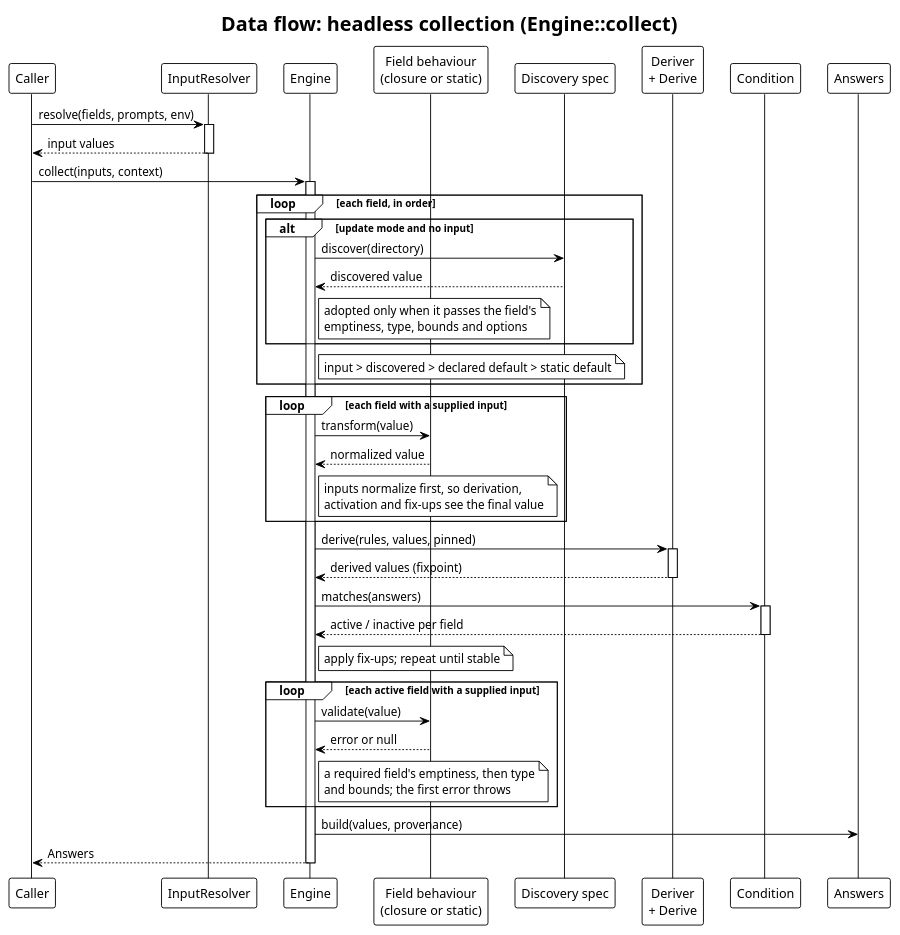
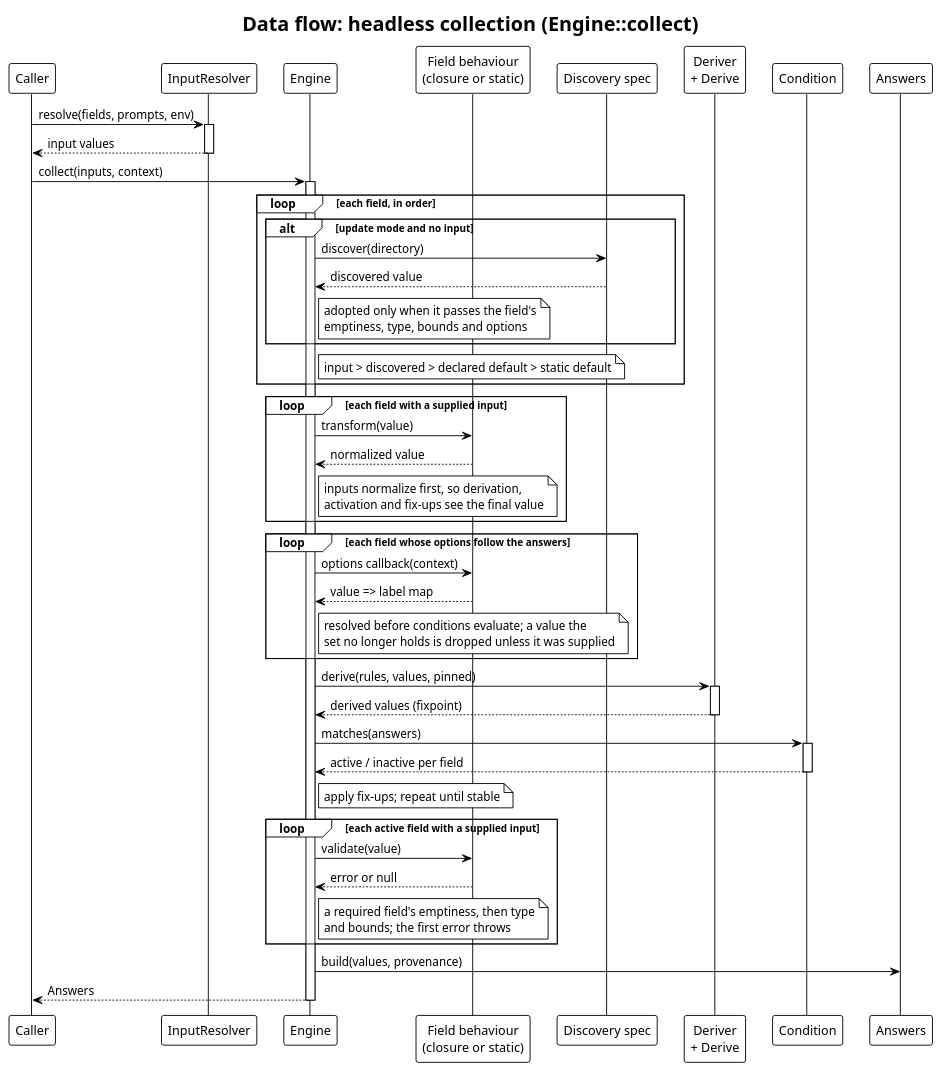
The diagram in docs/architecture/dataflow-collect.puml (drevops/phptui), drawn with PlantUML before and after one commit. The commit also changed 25 other files, not shown here.

Commit message:
[#106] Added choice field options that resolve from the collected answers. (#137)

```diff
--- a/docs/architecture/dataflow-collect.puml
+++ b/docs/architecture/dataflow-collect.puml
@@ -1,62 +1,68 @@
 @startuml
 ' drevops/tui - data flow for headless collection.
 ' Traced from src/Engine/Engine.php (collect -> resolveAll -> transformInputs -> stabilize -> guardInputs).
 ' Regenerate every SVG with:  plantuml -tsvg docs/architecture/*.puml
 !theme plain
 skinparam backgroundColor white
 skinparam defaultFontName Helvetica
 skinparam shadowing false
 title Data flow: headless collection (Engine::collect)
 
 participant "Caller" as Caller
 participant "InputResolver" as IR
 participant "Engine" as Eng
 participant "Field behaviour\n(closure or static)" as B
 participant "Discovery spec" as Disc
 participant "Deriver\n+ Derive" as Der
 participant "Condition" as CE
 participant "Answers" as Ans
 
 Caller -> IR: resolve(fields, prompts, env)
 activate IR
 IR --> Caller: input values
 deactivate IR
 
 Caller -> Eng: collect(inputs, context)
 activate Eng
 
 loop each field, in order
   alt update mode and no input
     Eng -> Disc: discover(directory)
     Disc --> Eng: discovered value
     note right of Eng: adopted only when it passes the field's\nemptiness, type, bounds and options
   end
   note right of Eng: input > discovered > declared default > static default
 end
 
 loop each field with a supplied input
   Eng -> B: transform(value)
   B --> Eng: normalized value
   note right of Eng: inputs normalize first, so derivation,\nactivation and fix-ups see the final value
 end
 
+loop each field whose options follow the answers
+  Eng -> B: options callback(context)
+  B --> Eng: value => label map
+  note right of Eng: resolved before conditions evaluate; a value the\nset no longer holds is dropped unless it was supplied
+end
+
 Eng -> Der: derive(rules, values, pinned)
 activate Der
 Der --> Eng: derived values (fixpoint)
 deactivate Der
 Eng -> CE: matches(answers)
 activate CE
 CE --> Eng: active / inactive per field
 deactivate CE
 note right of Eng: apply fix-ups; repeat until stable
 
 loop each active field with a supplied input
   Eng -> B: validate(value)
   B --> Eng: error or null
   note right of Eng: a required field's emptiness, then type\nand bounds; the first error throws
 end
 
 Eng -> Ans: build(values, provenance)
 Eng --> Caller: Answers
 deactivate Eng
 @enduml
```
